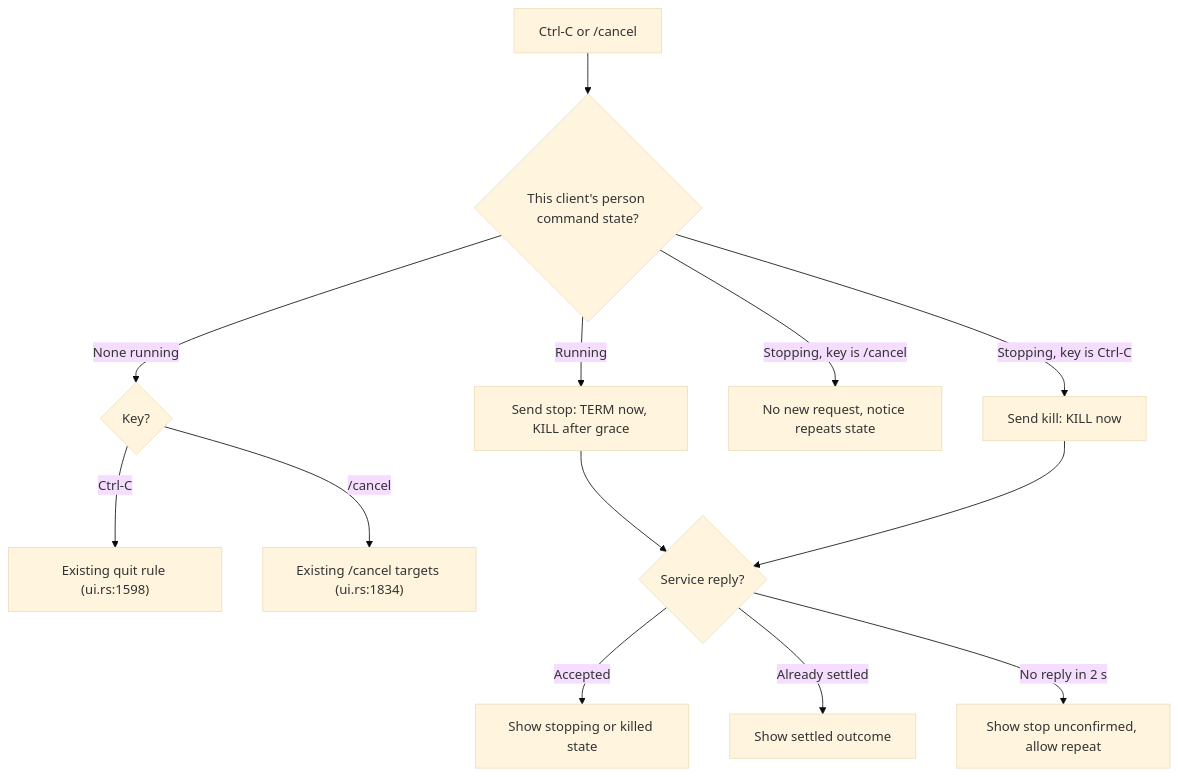
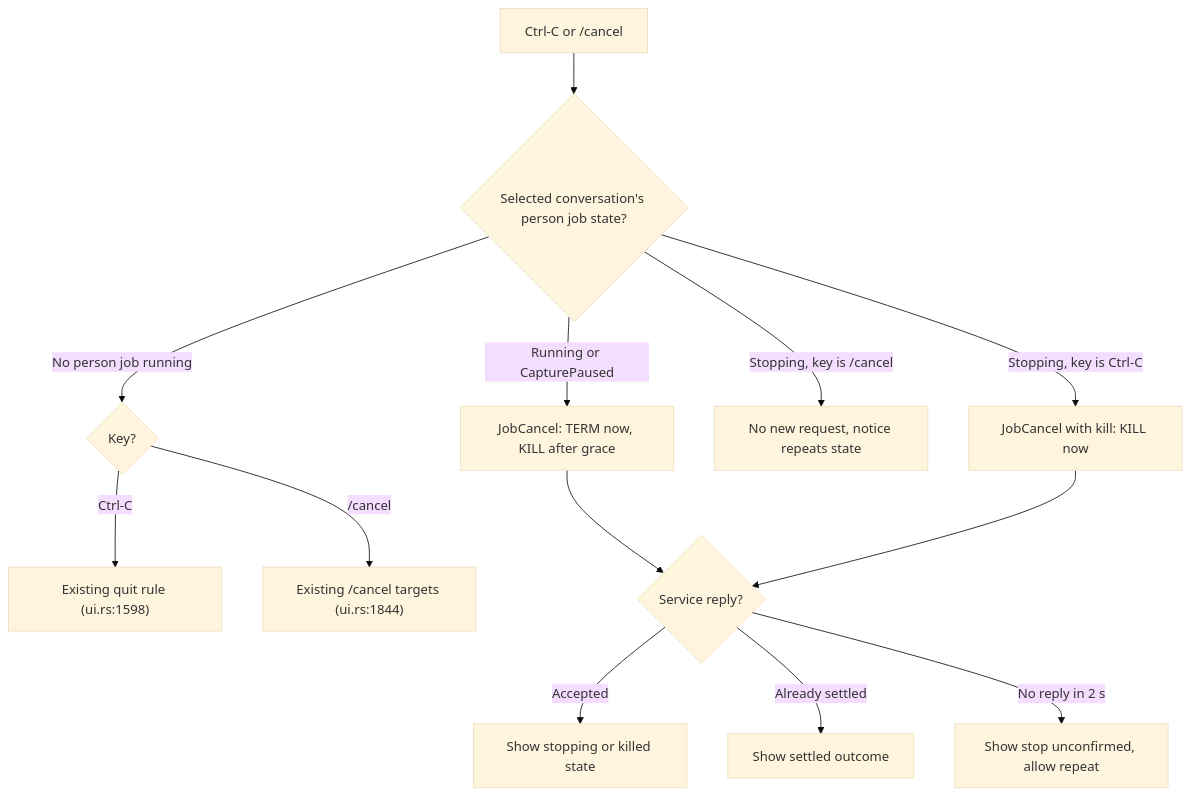
Before and after one commit to pidster/asura: the third of 7 diagrams in docs/designs/person-command-mode.md, drawn with Mermaid (base theme). The commit also changed other lines of this file and 4 other files, not shown here.

````diff
--- a/docs/designs/person-command-mode.md
+++ b/docs/designs/person-command-mode.md
@@ -234,15 +257,15 @@
 ```mermaid
 flowchart TD
-    Key["Ctrl-C or /cancel"] --> Running{"This client's person command state?"}
-    Running -->|"Running"| First["Send stop: TERM now, KILL after grace"]
-    Running -->|"Stopping, key is Ctrl-C"| Kill["Send kill: KILL now"]
+    Key["Ctrl-C or /cancel"] --> Running{"Selected conversation's person job state?"}
+    Running -->|"Running or CapturePaused"| First["JobCancel: TERM now, KILL after grace"]
+    Running -->|"Stopping, key is Ctrl-C"| Kill["JobCancel with kill: KILL now"]
     Running -->|"Stopping, key is /cancel"| Same["No new request, notice repeats state"]
-    Running -->|"None running"| Existing{"Key?"}
+    Running -->|"No person job running"| Existing{"Key?"}
     Existing -->|"Ctrl-C"| Quit["Existing quit rule (ui.rs:1598)"]
-    Existing -->|"/cancel"| Old["Existing /cancel targets (ui.rs:1834)"]
+    Existing -->|"/cancel"| Old["Existing /cancel targets (ui.rs:1844)"]
     First --> Reply{"Service reply?"}
     Kill --> Reply
     Reply -->|"Accepted"| Show["Show stopping or killed state"]
     Reply -->|"Already settled"| Done["Show settled outcome"]
     Reply -->|"No reply in 2 s"| Unconfirmed["Show stop unconfirmed, allow repeat"]
 ```
````
